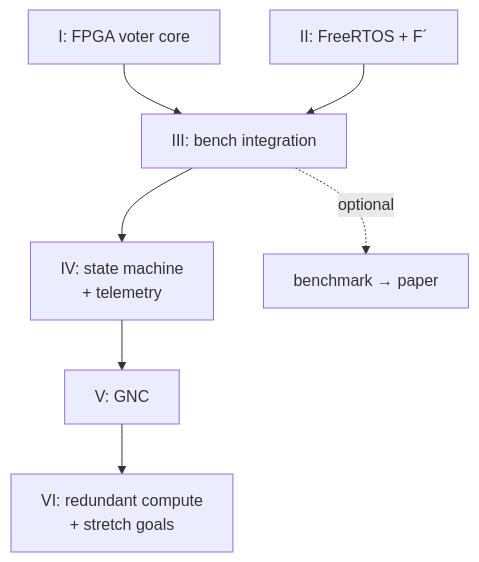
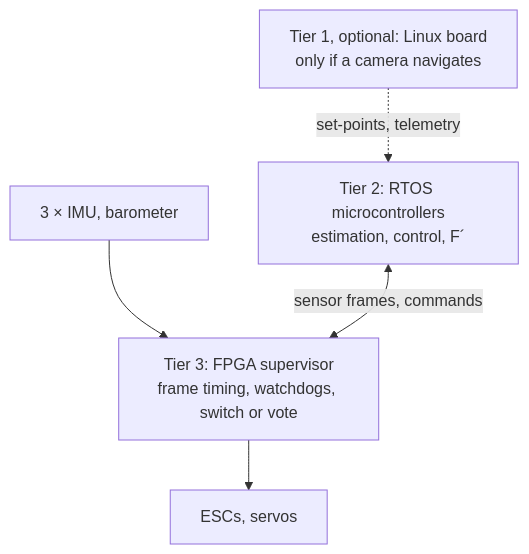
Before and after one commit to spaceadler/EAGLE: the diagram in README.md, drawn with Mermaid. The commit also changed other lines of this file, not shown here.

First line of the commit message:
README: EAGLE as a Phase A architecture study

````diff
--- a/README.md
+++ b/README.md
@@ -68,7 +15,12 @@
 ```mermaid
 flowchart TB
-    a1["I: FPGA voter core"] --> a3["III: bench integration"]
-    a2["II: FreeRTOS + F´"] --> a3
-    a3 --> a4["IV: state machine<br/>+ telemetry"] --> a5["V: GNC"] --> a6["VI: redundant compute<br/>+ stretch goals"]
-    a3 -.->|"optional"| bm["benchmark → paper"]
+    sbc["Tier 1, optional: Linux board<br/>only if a camera navigates"]
+    sens["3 × IMU, barometer"]
+    mcu["Tier 2: RTOS microcontrollers<br/>estimation, control, F´"]
+    fpga["Tier 3: FPGA supervisor<br/>frame timing, watchdogs, switch or vote"]
+    act["ESCs, servos"]
+    sbc -.->|"set-points, telemetry"| mcu
+    sens --> fpga
+    mcu <-->|"sensor frames, commands"| fpga
+    fpga --> act
 ```
````
